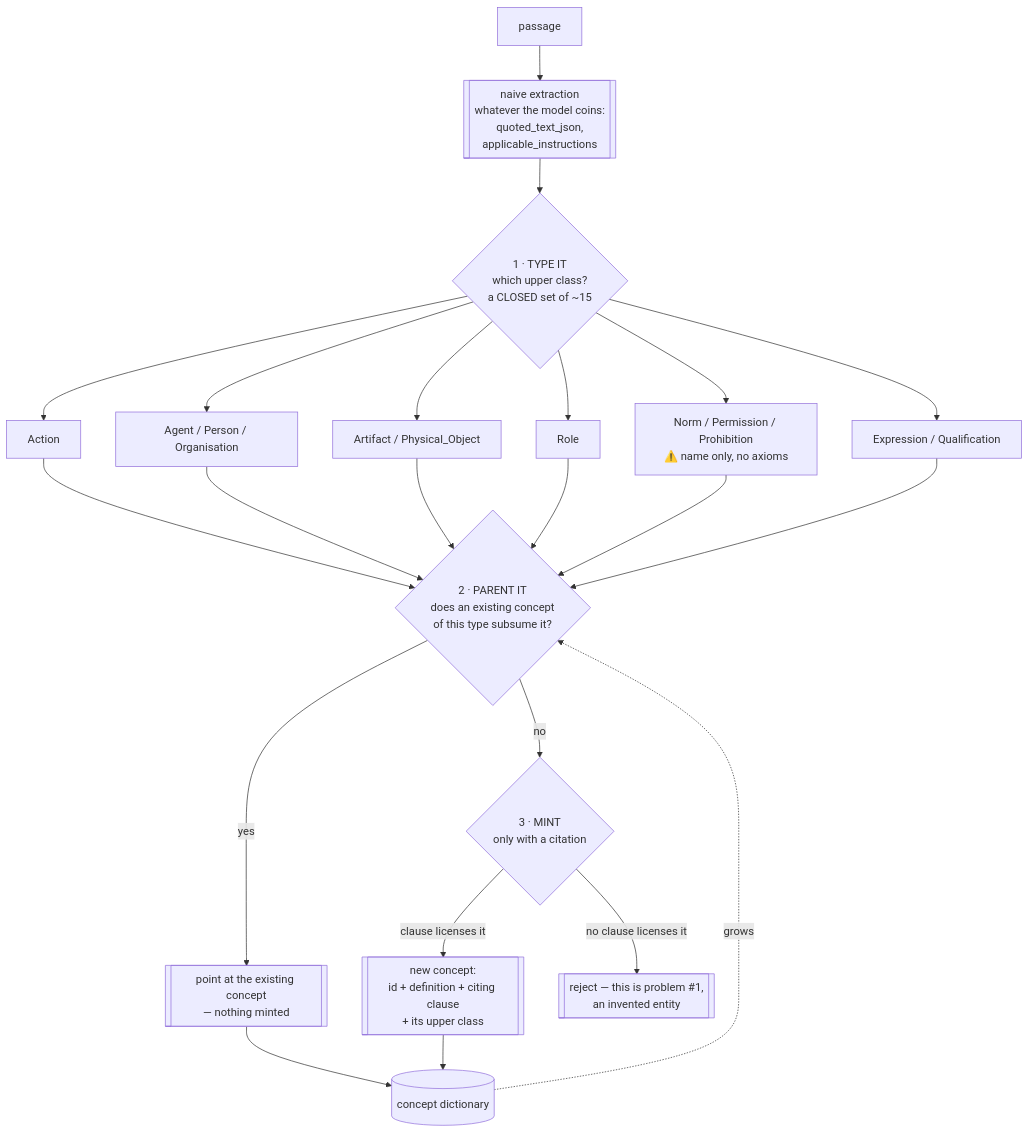
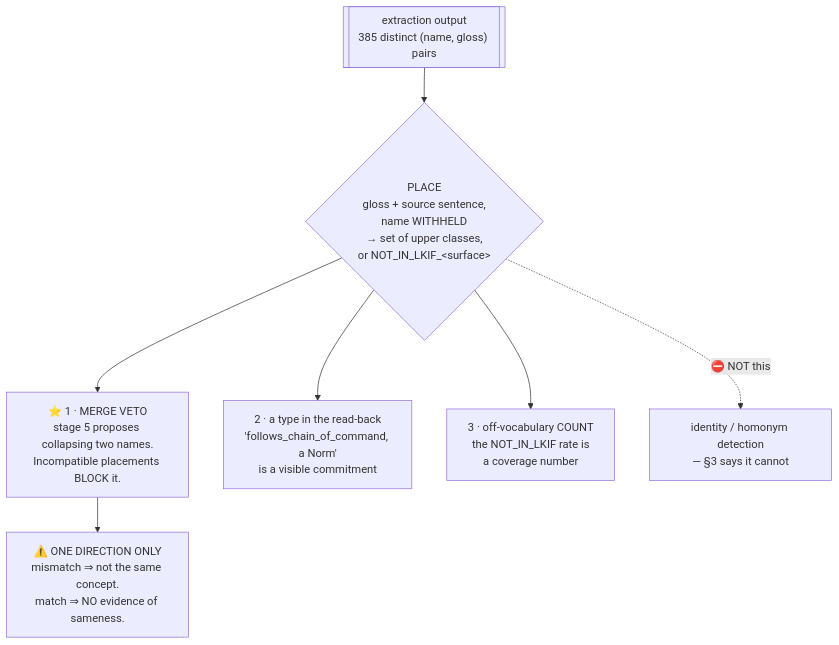
Before and after one commit to MattStults/semi-formal-document-analysis: the diagram in walkthrough/SCRATCH_concept_phase.md, drawn with Mermaid. The commit also changed other lines of this file and 10 other files, not shown here.

````diff
--- a/walkthrough/SCRATCH_concept_phase.md
+++ b/walkthrough/SCRATCH_concept_phase.md
@@ -69,22 +167,14 @@
 ```mermaid
 flowchart TD
-    P[passage] --> NAIVE[["naive extraction<br/>whatever the model coins:<br/>quoted_text_json,<br/>applicable_instructions"]]
-    NAIVE --> T{"1 · TYPE IT<br/>which upper class?<br/>a CLOSED set of ~15"}
+    EX[["extraction output<br/>385 distinct (name, gloss) pairs"]] --> PL
 
-    T --> T1[Action]
-    T --> T2[Agent / Person / Organisation]
-    T --> T3[Artifact / Physical_Object]
-    T --> T4[Role]
-    T --> T5["Norm / Permission / Prohibition<br/>⚠️ name only, no axioms"]
-    T --> T6[Expression / Qualification]
+    PL{"PLACE<br/>gloss + source sentence,<br/>name WITHHELD<br/>→ set of upper classes,<br/>or NOT_IN_LKIF_&lt;surface&gt;"}
 
-    T1 & T2 & T3 & T4 & T5 & T6 --> PAR{"2 · PARENT IT<br/>does an existing concept<br/>of this type subsume it?"}
+    PL --> U1["⭐ 1 · MERGE VETO<br/>stage 5 proposes collapsing two names.<br/>Incompatible placements BLOCK it."]
+    PL --> U2["2 · a type in the read-back<br/>'follows_chain_of_command, a Norm'<br/>is a visible commitment"]
+    PL --> U3["3 · off-vocabulary COUNT<br/>the NOT_IN_LKIF rate is<br/>a coverage number"]
 
-    PAR -->|yes| REUSE[["point at the existing concept<br/>— nothing minted"]]
-    PAR -->|no| MINT{"3 · MINT<br/>only with a citation"}
-    MINT -->|clause licenses it| NEW[["new concept:<br/>id + definition + citing clause<br/>+ its upper class"]]
-    MINT -->|no clause licenses it| REJ[["reject — this is problem #1,<br/>an invented entity"]]
+    PL -.->|⛔ NOT this| X["identity / homonym detection<br/>— §3 says it cannot"]
 
-    REUSE & NEW --> OUT[(concept dictionary)]
-    OUT -.grows.-> PAR
+    U1 --> ASYM["⚠️ ONE DIRECTION ONLY<br/>mismatch ⇒ not the same concept.<br/>match ⇒ NO evidence of sameness."]
 ```
````
